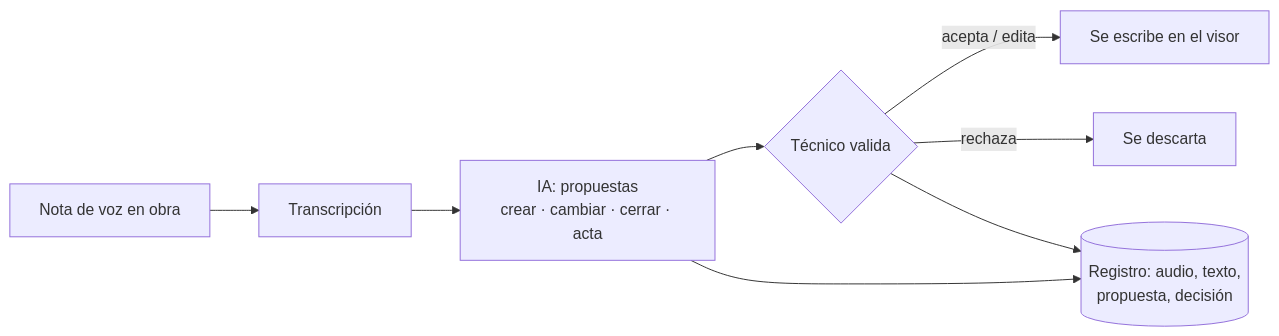
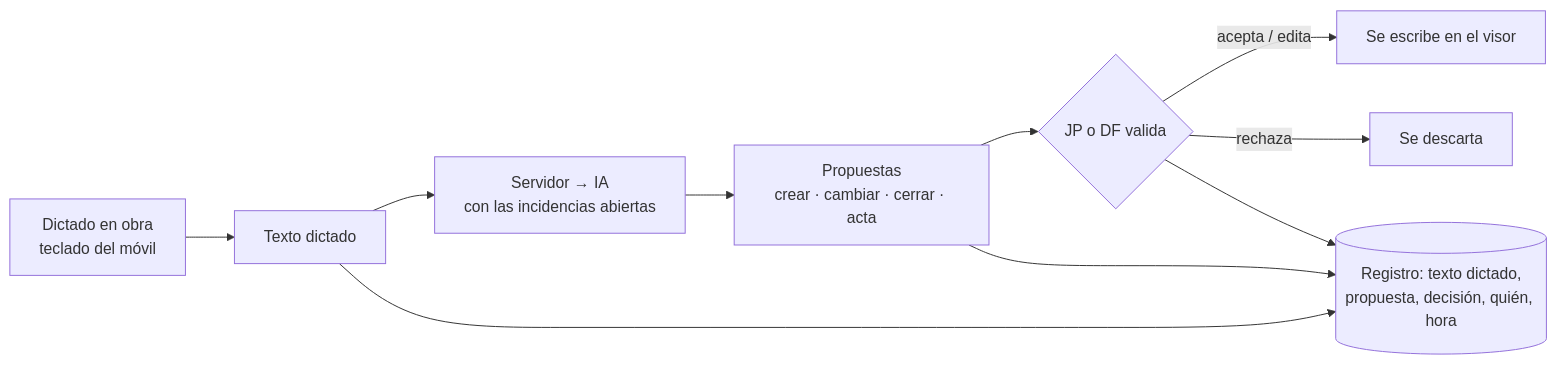
Before and after one commit to dsegarra-dev/visor-obra: the first of 2 diagrams in docs/specs/CR_ESP_VisorObra_PO_v2.0.md, drawn with Mermaid. The commit also changed other lines of this file and 3 other files, not shown here.

First line of the commit message:
v2-p7: spec cerrada con la entrevista y las medidas de la v1

````diff
--- a/docs/specs/CR_ESP_VisorObra_PO_v2.0.md
+++ b/docs/specs/CR_ESP_VisorObra_PO_v2.0.md
@@ -98,10 +160,12 @@
 ```mermaid
 flowchart LR
-  A[Nota de voz en obra] --> B[Transcripción]
-  B --> C[IA: propuestas<br/>crear · cambiar · cerrar · acta]
-  C --> D{Técnico valida}
-  D -- acepta / edita --> E[Se escribe en el visor]
-  D -- rechaza --> F[Se descarta]
-  C --> G[(Registro: audio, texto,<br/>propuesta, decisión)]
-  D --> G
+  A[Dictado en obra<br/>teclado del móvil] --> B[Texto dictado]
+  B --> C[Servidor → IA<br/>con las incidencias abiertas]
+  C --> D[Propuestas<br/>crear · cambiar · cerrar · acta]
+  D --> E{JP o DF valida}
+  E -- acepta / edita --> F[Se escribe en el visor]
+  E -- rechaza --> G[Se descarta]
+  B --> H[(Registro: texto dictado,<br/>propuesta, decisión, quién, hora)]
+  D --> H
+  E --> H
 ```
````
